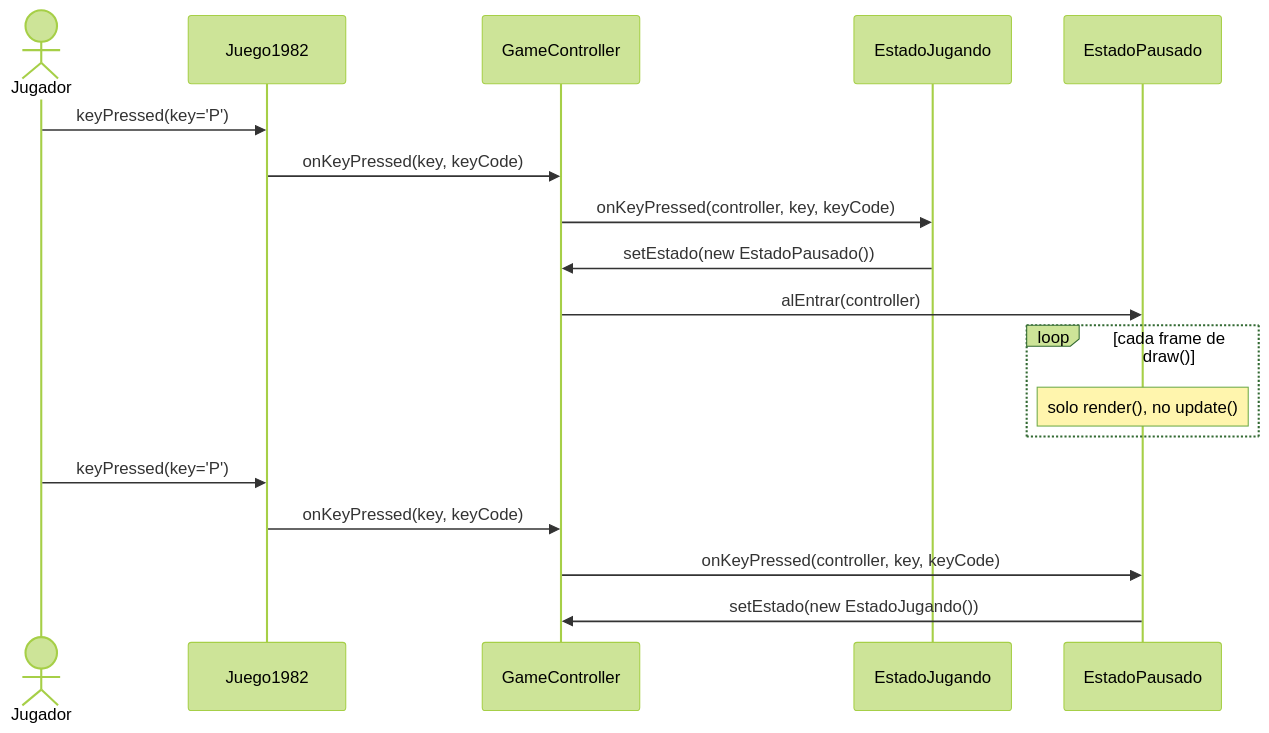
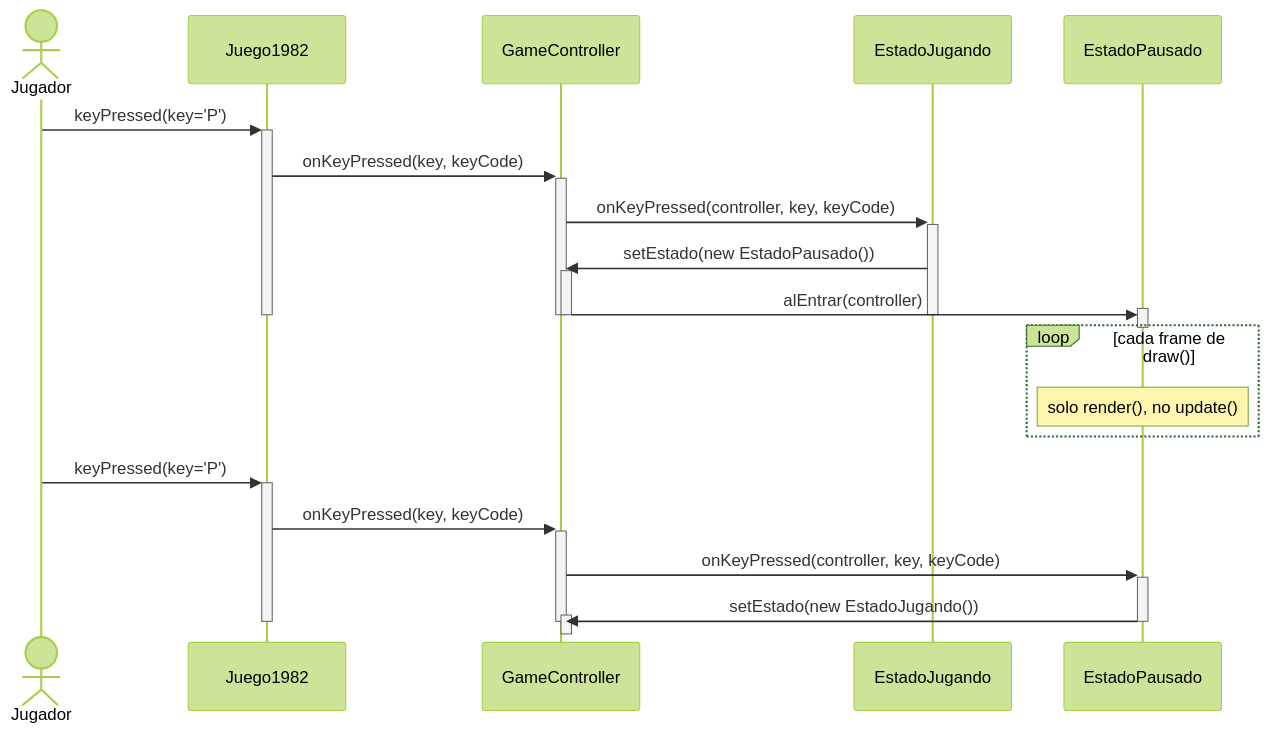
The seventh of 12 diagrams in docs/analisis/casos-de-uso.md (Christian-Rojas-Rodriguez/juego-1982), drawn with Mermaid (forest theme) before and after one commit. The commit also changed other lines of this file, not shown here.

Commit message:
Agregar rectángulos de activación a todos los diagramas de secuencia

````diff
--- a/docs/analisis/casos-de-uso.md
+++ b/docs/analisis/casos-de-uso.md
@@ -267,23 +307,32 @@
 ```mermaid
 sequenceDiagram
     actor Jugador
     participant Juego1982
     participant GameController
     participant EstadoJugando
     participant EstadoPausado
 
-    Jugador->>Juego1982: keyPressed(key='P')
-    Juego1982->>GameController: onKeyPressed(key, keyCode)
-    GameController->>EstadoJugando: onKeyPressed(controller, key, keyCode)
-    EstadoJugando->>GameController: setEstado(new EstadoPausado())
-    GameController->>EstadoPausado: alEntrar(controller)
+    Jugador->>+Juego1982: keyPressed(key='P')
+    Juego1982->>+GameController: onKeyPressed(key, keyCode)
+    GameController->>+EstadoJugando: onKeyPressed(controller, key, keyCode)
+    EstadoJugando->>+GameController: setEstado(new EstadoPausado())
+    GameController->>+EstadoPausado: alEntrar(controller)
+    deactivate EstadoPausado
+    deactivate GameController
+    deactivate EstadoJugando
+    deactivate GameController
+    deactivate Juego1982
 
     loop cada frame de draw()
         Note over EstadoPausado: solo render(), no update()
     end
 
-    Jugador->>Juego1982: keyPressed(key='P')
-    Juego1982->>GameController: onKeyPressed(key, keyCode)
-    GameController->>EstadoPausado: onKeyPressed(controller, key, keyCode)
-    EstadoPausado->>GameController: setEstado(new EstadoJugando())
+    Jugador->>+Juego1982: keyPressed(key='P')
+    Juego1982->>+GameController: onKeyPressed(key, keyCode)
+    GameController->>+EstadoPausado: onKeyPressed(controller, key, keyCode)
+    EstadoPausado->>+GameController: setEstado(new EstadoJugando())
+    deactivate GameController
+    deactivate EstadoPausado
+    deactivate GameController
+    deactivate Juego1982
 ```
````
